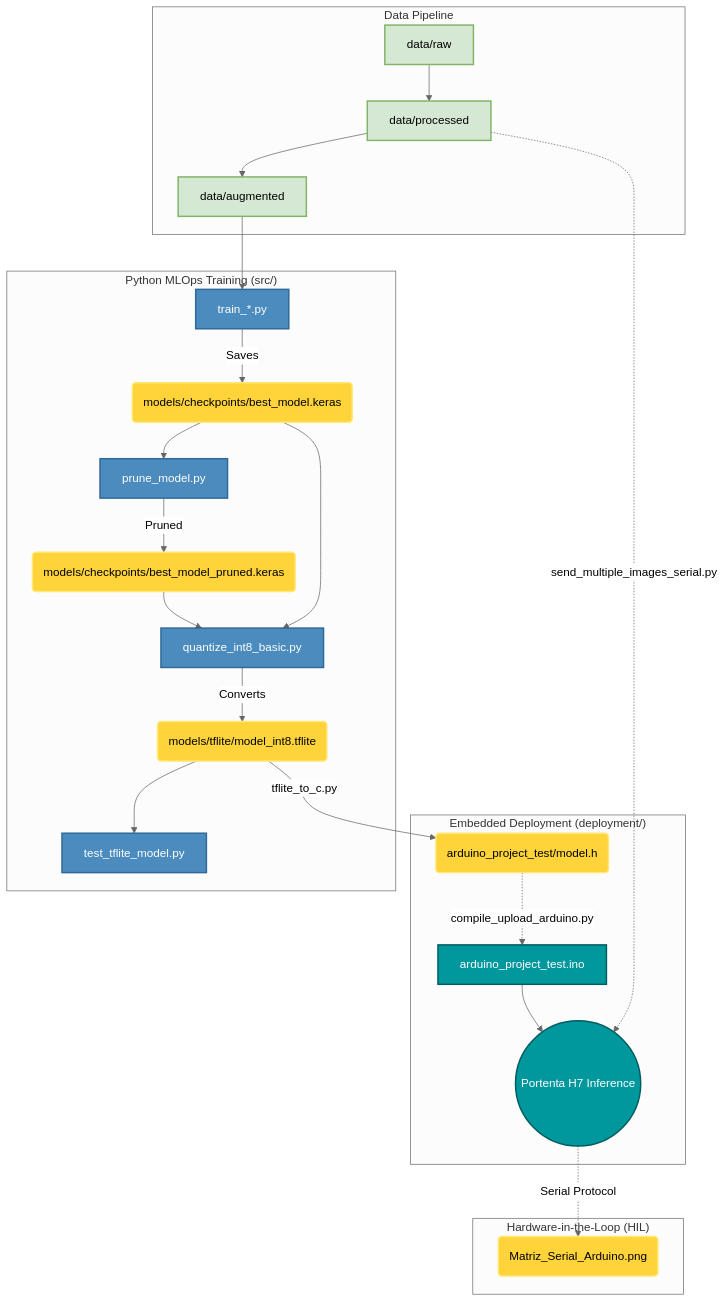
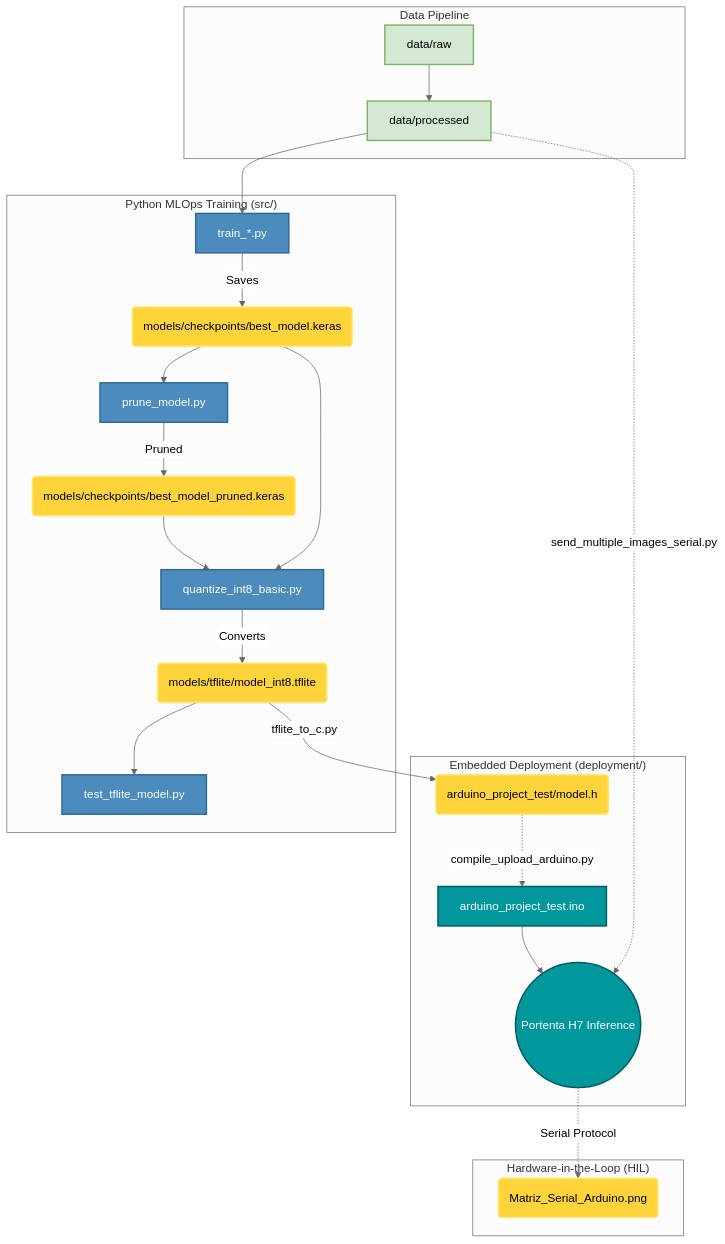
Before and after one commit to F4bian1012/Investigacion: the diagram in README.md, drawn with Mermaid (neutral theme). The commit also changed other lines of this file, not shown here.

Commit message:
docs: eliminar data/augmented de diagrama Mermaid

````diff
--- a/README.md
+++ b/README.md
@@ -29,36 +29,35 @@
 ```mermaid
 graph TD
     %% Styling
     classDef default fill:#f9f9f9,stroke:#333,stroke-width:2px,color:#000;
     classDef data fill:#D5E8D4,stroke:#82B366,stroke-width:2px,color:#000;
     classDef python fill:#4B8BBE,stroke:#306998,stroke-width:2px,color:#fff;
     classDef hardware fill:#00979D,stroke:#005C5F,stroke-width:2px,color:#fff;
     classDef artifact fill:#FFD43B,stroke:#FFE873,stroke-width:2px,color:#000;
 
     subgraph "Data Pipeline"
         RAW[data/raw]:::data --> PROC[data/processed]:::data
-        PROC --> AUG[data/augmented]:::data
     end
 
     subgraph "Python MLOps Training (src/)"
-        AUG --> TRAIN[train_*.py]:::python
+        PROC --> TRAIN[train_*.py]:::python
         TRAIN -->|Saves| KERAS(models/checkpoints/best_model.keras):::artifact
         KERAS --> PRUNE[prune_model.py]:::python
         PRUNE -->|Pruned| KERAS_PRUNED(models/checkpoints/best_model_pruned.keras):::artifact
         KERAS --> OPT[quantize_int8_basic.py]:::python
         KERAS_PRUNED --> OPT
         OPT -->|Converts| TFLITE(models/tflite/model_int8.tflite):::artifact
         TFLITE --> EVAL[test_tflite_model.py]:::python
     end
 
     subgraph "Embedded Deployment (deployment/)"
         TFLITE -->|tflite_to_c.py| HEADER(arduino_project_test/model.h):::artifact
         HEADER -.->|compile_upload_arduino.py| C_ENGINE[arduino_project_test.ino]:::hardware
         C_ENGINE --> INFERENCE((Portenta H7 Inference)):::hardware
     end
 
     subgraph "Hardware-in-the-Loop (HIL)"
         PROC -.->|send_multiple_images_serial.py| INFERENCE
         INFERENCE -.->|Serial Protocol| CM_PLOT(Matriz_Serial_Arduino.png):::artifact
     end
 ```
````
